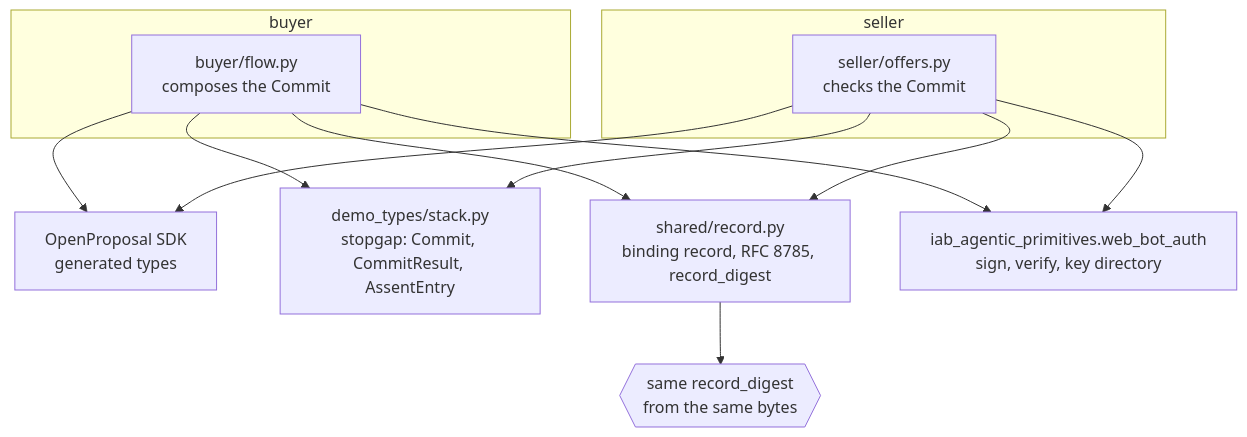
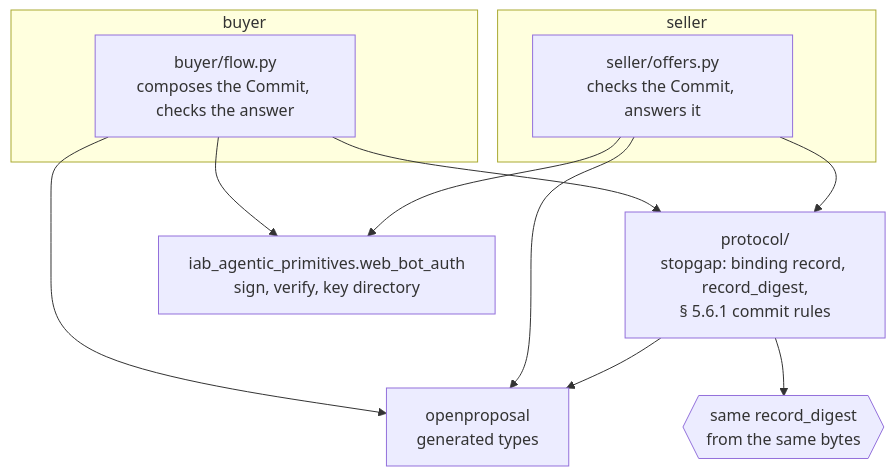
The fourth of 7 diagrams in README.md (KonstantinMirin/openproposal-web-bot-auth), drawn with Mermaid before and after one commit. The commit also changed other lines of this file and 61 other files, not shown here.

First line of the commit message:
Build the protocol package on the generated OpenProposal SDK

````diff
--- a/README.md
+++ b/README.md
@@ -155,16 +157,16 @@
 ```mermaid
 flowchart TB
     subgraph B[buyer]
-        BF[buyer/flow.py<br/>composes the Commit]
+        BF[buyer/flow.py<br/>composes the Commit, checks the answer]
     end
     subgraph S[seller]
-        SO[seller/offers.py<br/>checks the Commit]
+        SO[seller/offers.py<br/>checks the Commit, answers it]
     end
-    SDK[OpenProposal SDK<br/>generated types]
-    STOP[demo_types/stack.py<br/>stopgap: Commit, CommitResult, AssentEntry]
-    REC[shared/record.py<br/>binding record, RFC 8785, record_digest]
+    SDK[openproposal<br/>generated types]
+    PROTO[protocol/<br/>stopgap: binding record, record_digest,<br/>§ 5.6.1 commit rules]
     WBA[iab_agentic_primitives.web_bot_auth<br/>sign, verify, key directory]
-    BF --> SDK & STOP & REC & WBA
-    SO --> SDK & STOP & REC & WBA
-    REC --> D{{same record_digest<br/>from the same bytes}}
+    BF --> SDK & PROTO & WBA
+    SO --> SDK & PROTO & WBA
+    PROTO --> SDK
+    PROTO --> D{{same record_digest<br/>from the same bytes}}
 ```
````
